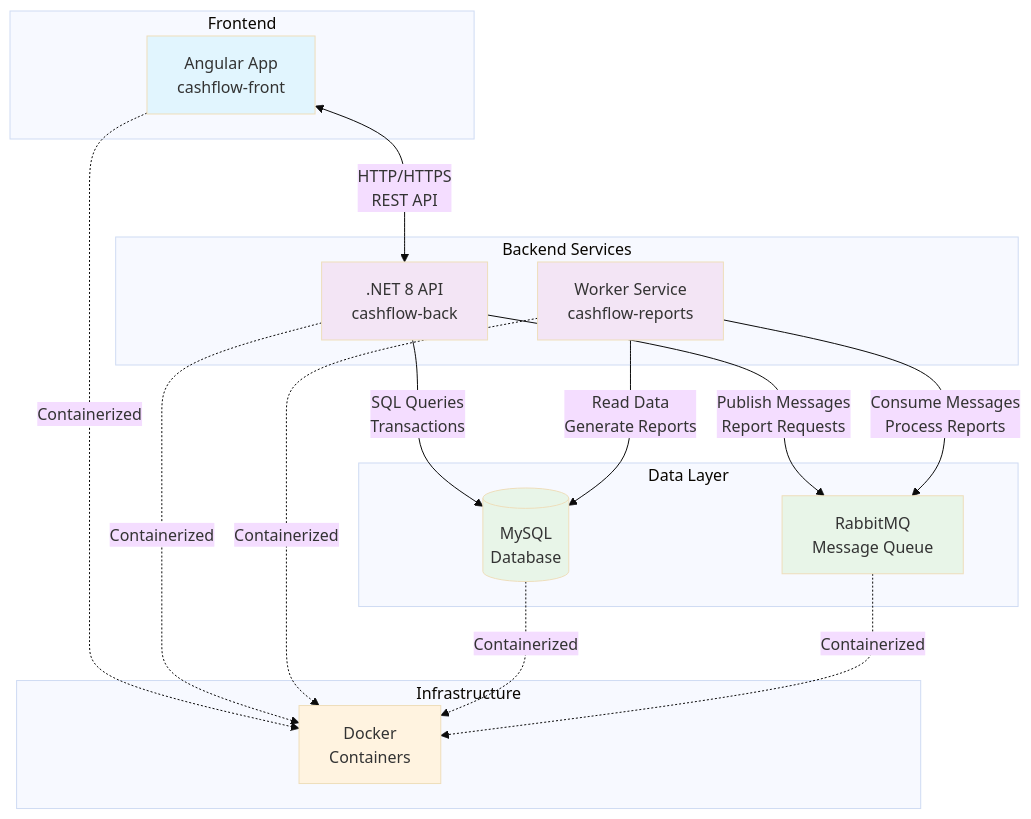
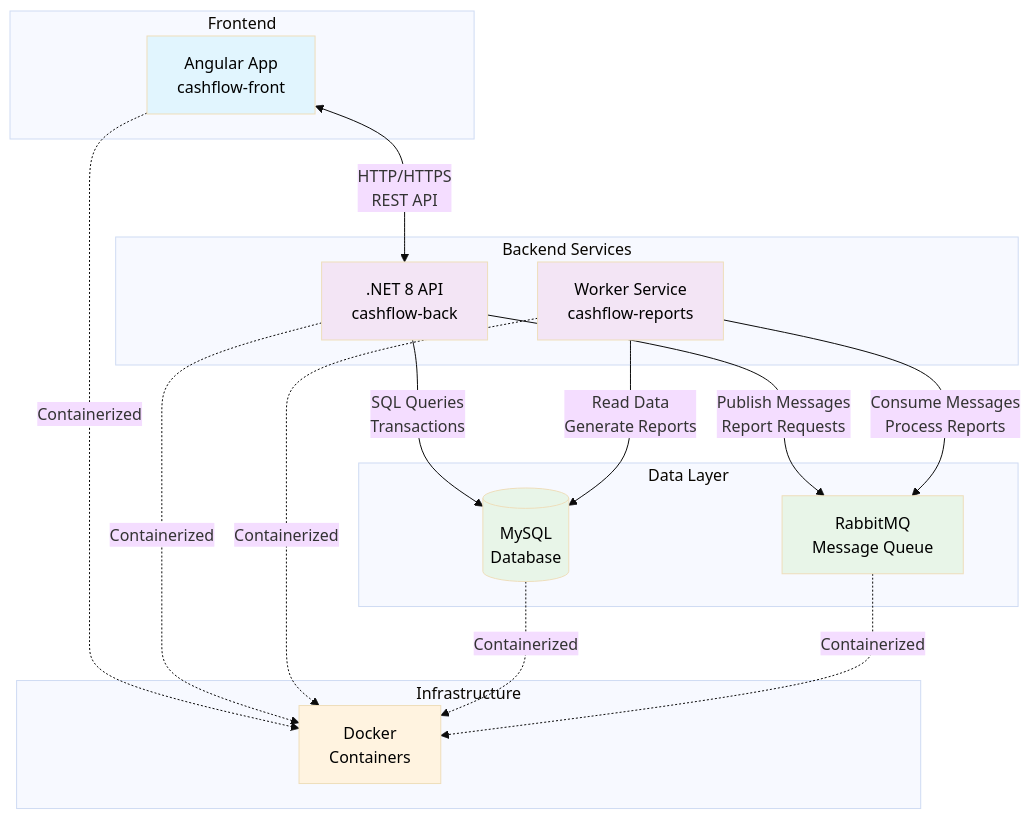
Before and after one commit to Dougllas-code/cashflow-system: the diagram in README.md, drawn with Mermaid (base theme).

Commit message:
feat: updated text color in readme

````diff
--- a/README.md
+++ b/README.md
@@ -14,45 +14,45 @@
 ```mermaid
 graph TB
     subgraph "Frontend"
         FE[Angular App<br/>cashflow-front]
     end
     
     subgraph "Backend Services"
         API[.NET 8 API<br/>cashflow-back]
         WORKER[Worker Service<br/>cashflow-reports]
     end
     
     subgraph "Data Layer"
         DB[(MySQL<br/>Database)]
         MQ[RabbitMQ<br/>Message Queue]
     end
     
     subgraph "Infrastructure"
         DOCKER[Docker<br/>Containers]
     end
     
     %% Connections
     FE <-->|HTTP/HTTPS<br/>REST API| API
     API -->|SQL Queries<br/>Transactions| DB
     API -->|Publish Messages<br/>Report Requests| MQ
     WORKER -->|Consume Messages<br/>Process Reports| MQ
     WORKER -->|Read Data<br/>Generate Reports| DB
     
     %% Docker containerization
     FE -.->|Containerized| DOCKER
     API -.->|Containerized| DOCKER
     WORKER -.->|Containerized| DOCKER
     DB -.->|Containerized| DOCKER
     MQ -.->|Containerized| DOCKER
     
     %% Styling
-    classDef frontend fill:#e1f5fe
-    classDef backend fill:#f3e5f5
-    classDef data fill:#e8f5e8
-    classDef infra fill:#fff3e0
+    classDef frontend fill:#e1f5fe,color:#000000
+    classDef backend fill:#f3e5f5, color:#000000
+    classDef data fill:#e8f5e8, color:#000000
+    classDef infra fill:#fff3e0, color:#000000
     
     class FE frontend
     class API,WORKER backend
     class DB,MQ data
     class DOCKER infra
 ```
````
